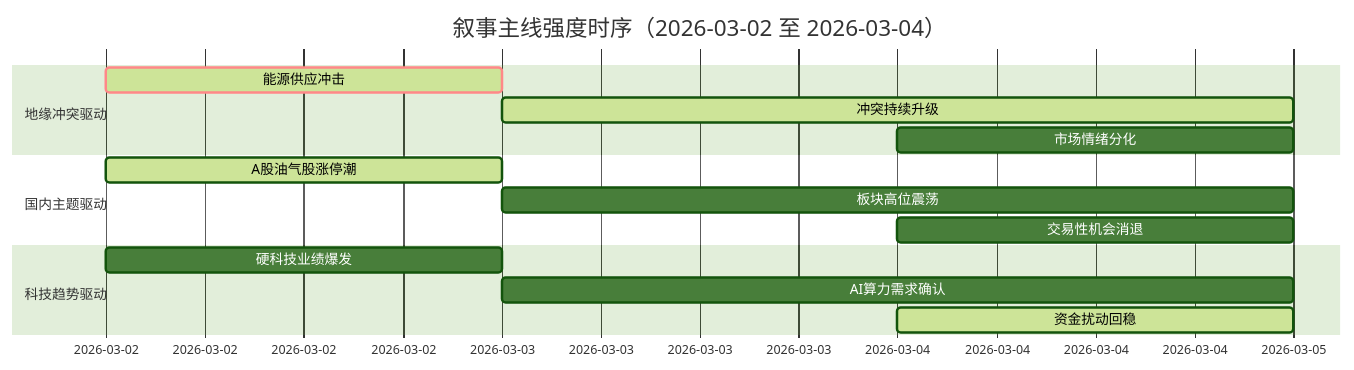
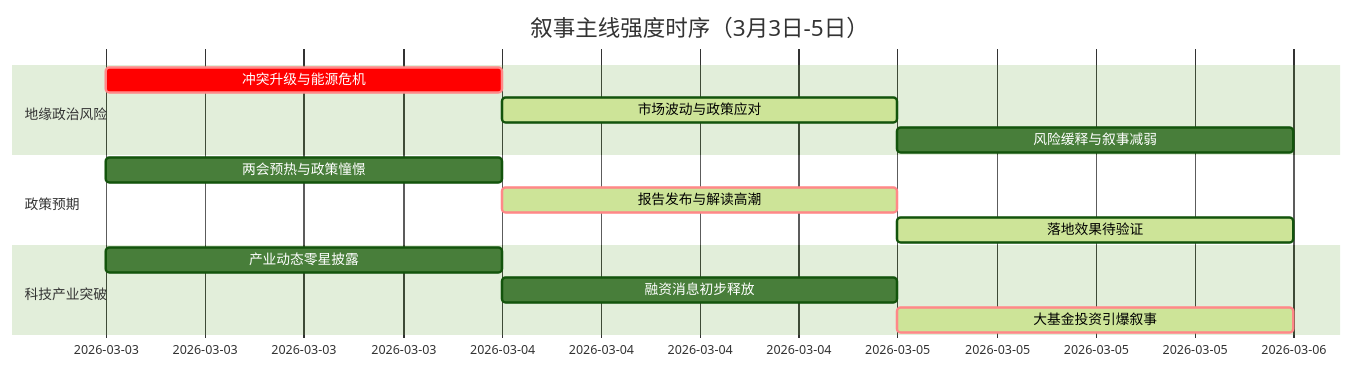
The diagram in 5day_report.md (uu5zn/uu5zn.github.io), drawn with Mermaid (forest theme) before and after one commit. The commit also changed other lines of this file and 18 other files, not shown here.

````diff
--- a/5day_report.md
+++ b/5day_report.md
@@ -55,19 +54,19 @@
 ```mermaid
 gantt
-    title 叙事主线强度时序（2026-03-02 至 2026-03-04）
+    title 叙事主线强度时序（3月3日-5日）
     dateFormat  YYYY-MM-DD
-    section 地缘冲突驱动
-    能源供应冲击   :crit, active, 2026-03-02, 1d
-    冲突持续升级   :active, 2026-03-03, 2d
-    市场情绪分化   :2026-03-04, 1d
+    section 地缘政治风险
+    冲突升级与能源危机   :crit, 2026-03-03, 1d
+    市场波动与政策应对   :active, 2026-03-04, 1d
+    风险缓释与叙事减弱   :2026-03-05, 1d
     
-    section 国内主题驱动
-    A股油气股涨停潮 :active, 2026-03-02, 1d
-    板块高位震荡   :2026-03-03, 2d
-    交易性机会消退 :2026-03-04, 1d
+    section 政策预期
+    两会预热与政策憧憬   :2026-03-03, 1d
+    报告发布与解读高潮   :crit, active, 2026-03-04, 1d
+    落地效果待验证       :active, 2026-03-05, 1d
     
-    section 科技趋势驱动
-    硬科技业绩爆发 :2026-03-02, 1d
-    AI算力需求确认 :2026-03-03, 2d
-    资金扰动回稳   :active, 2026-03-04, 1d
+    section 科技产业突破
+    产业动态零星披露     :2026-03-03, 1d
+    融资消息初步释放     :2026-03-04, 1d
+    大基金投资引爆叙事   :crit, active, 2026-03-05, 1d
 ```
````
